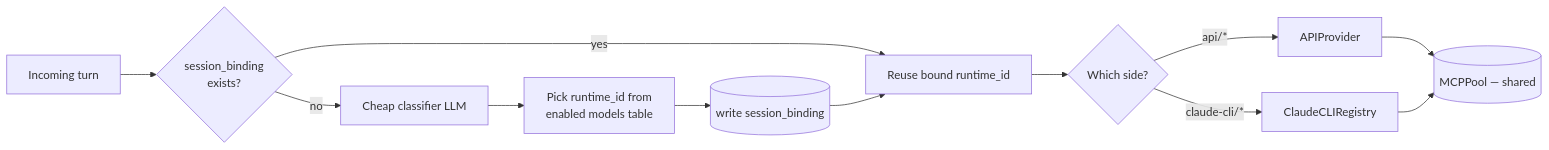
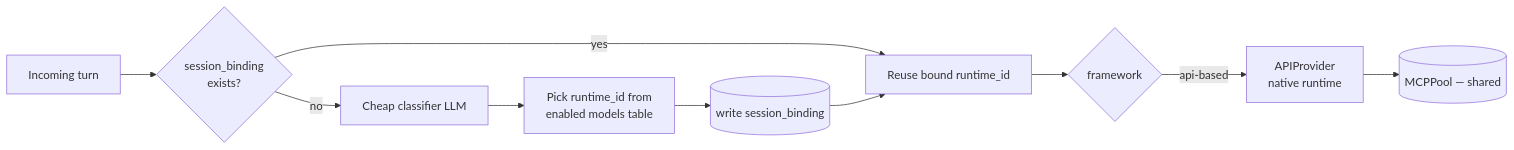
One commit to openagent-uno/openagent-docs changed the third of 9 diagrams in guide/architecture.md. Above: the diagram before and after it, drawn with Mermaid. The commit also changed other lines of this file and 4 other files, not shown here.

First line of the commit message:
Drop claude-cli/codex from the docs

````diff
--- a/guide/architecture.md
+++ b/guide/architecture.md
@@ -123,14 +111,12 @@
 ```mermaid
 flowchart LR
     Msg[Incoming turn] --> HasBind{session_binding<br/>exists?}
     HasBind -- yes --> ReuseRT[Reuse bound runtime_id]
     HasBind -- no --> Classifier[Cheap classifier LLM]
     Classifier --> PickRT[Pick runtime_id from<br/>enabled models table]
     PickRT --> Bind[(write session_binding)]
     Bind --> ReuseRT
-    ReuseRT --> Tier{Which side?}
-    Tier -- api/* --> API[APIProvider]
-    Tier -- claude-cli/* --> CC[ClaudeCLIRegistry]
+    ReuseRT --> FW{framework}
+    FW -- api-based --> API[APIProvider<br/>native runtime]
     API --> Pool[(MCPPool — shared)]
-    CC --> Pool
 ```
````
